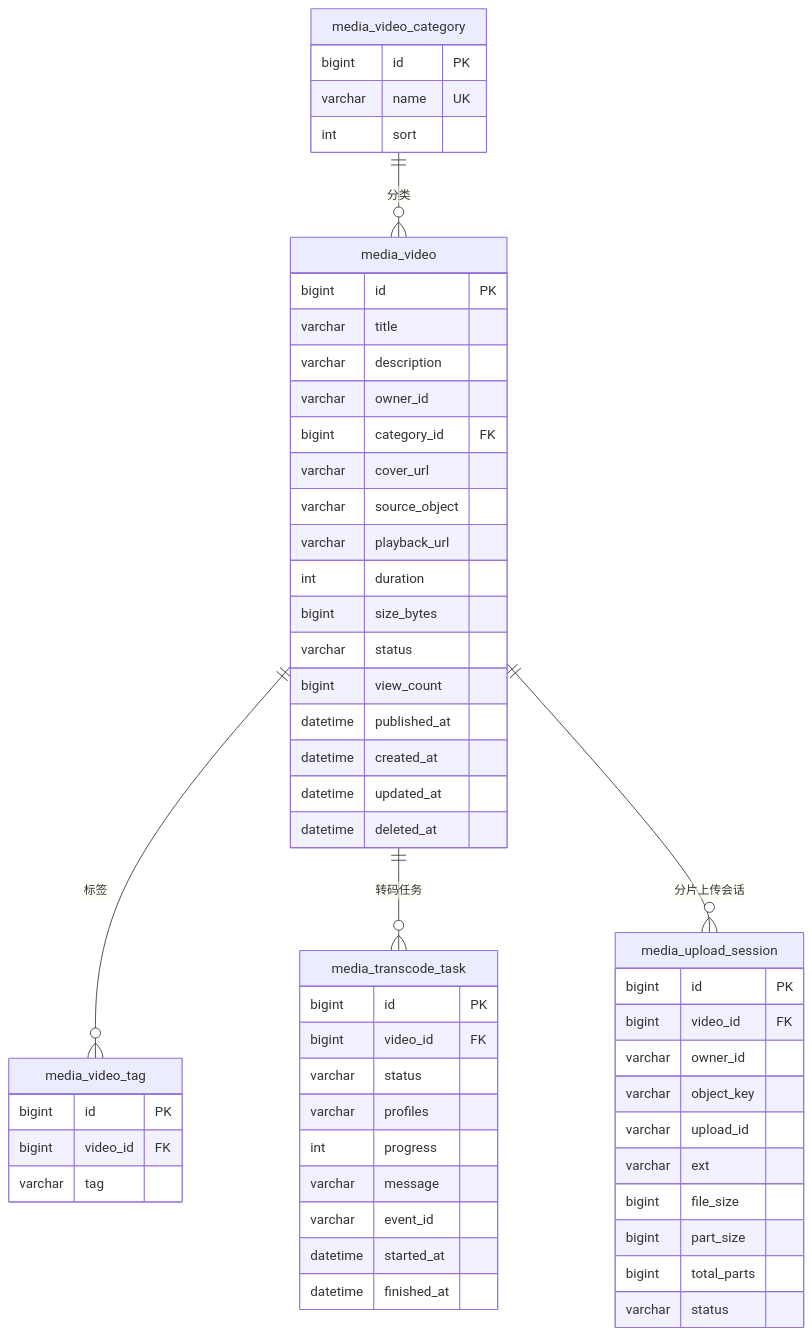
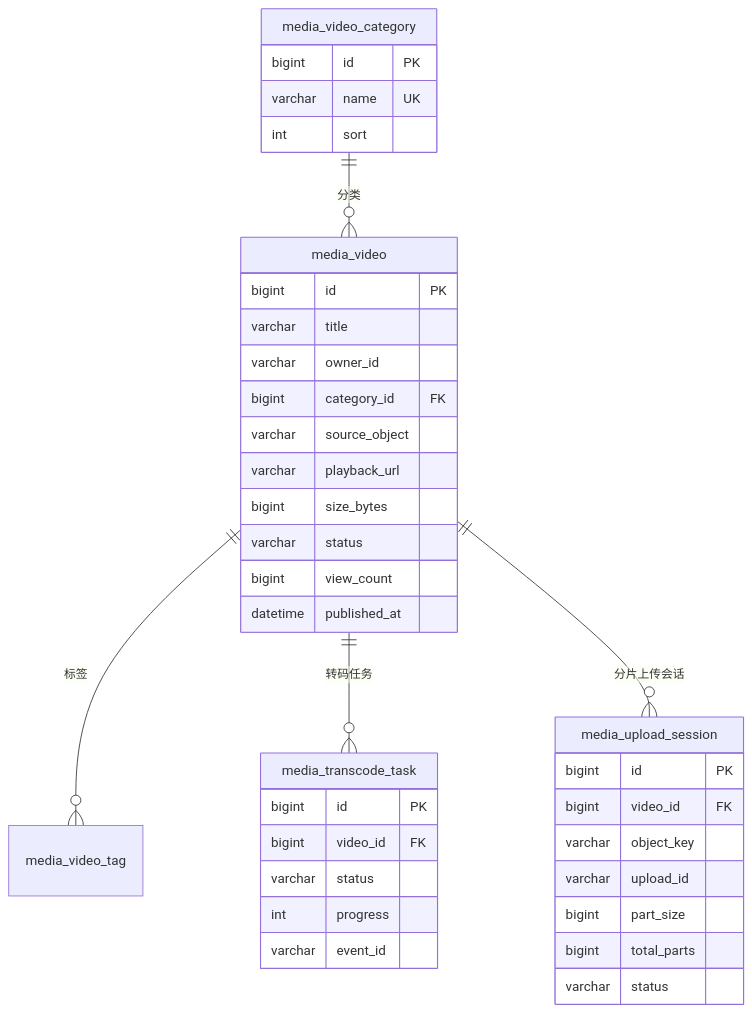
The first of 4 diagrams in video-service-go/docs/设计文档.md (YunfeiSHU/media-community), drawn with Mermaid before and after one commit. The commit also changed other lines of this file and 3 other files, not shown here.

````diff
--- a/video-service-go/docs/设计文档.md
+++ b/video-service-go/docs/设计文档.md
@@ -65,59 +54,41 @@
 ```mermaid
 erDiagram
     media_video_category ||--o{ media_video : "分类"
     media_video ||--o{ media_video_tag : "标签"
     media_video ||--o{ media_transcode_task : "转码任务"
     media_video ||--o{ media_upload_session : "分片上传会话"
 
     media_video {
         bigint id PK
         varchar title
-        varchar description
         varchar owner_id
         bigint category_id FK
-        varchar cover_url
         varchar source_object
         varchar playback_url
-        int duration
         bigint size_bytes
         varchar status
         bigint view_count
         datetime published_at
-        datetime created_at
-        datetime updated_at
-        datetime deleted_at
     }
     media_video_category {
         bigint id PK
         varchar name UK
         int sort
     }
-    media_video_tag {
-        bigint id PK
-        bigint video_id FK
-        varchar tag
-    }
     media_transcode_task {
         bigint id PK
         bigint video_id FK
         varchar status
-        varchar profiles
         int progress
-        varchar message
         varchar event_id
-        datetime started_at
-        datetime finished_at
     }
     media_upload_session {
         bigint id PK
         bigint video_id FK
-        varchar owner_id
         varchar object_key
         varchar upload_id
-        varchar ext
-        bigint file_size
         bigint part_size
         bigint total_parts
         varchar status
     }
 ```
````
